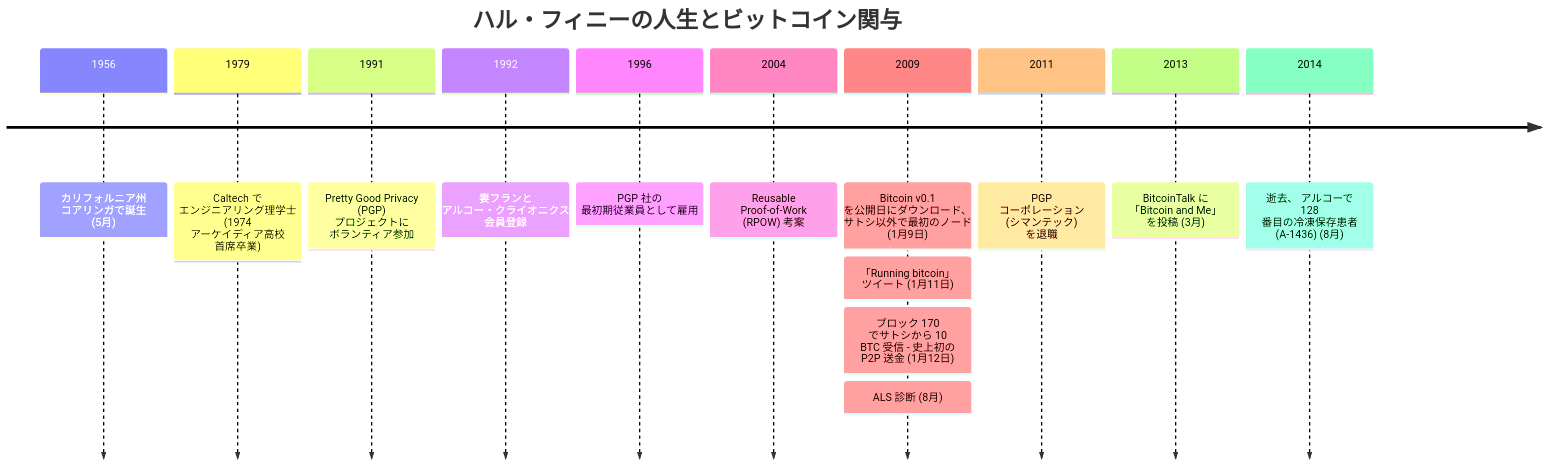
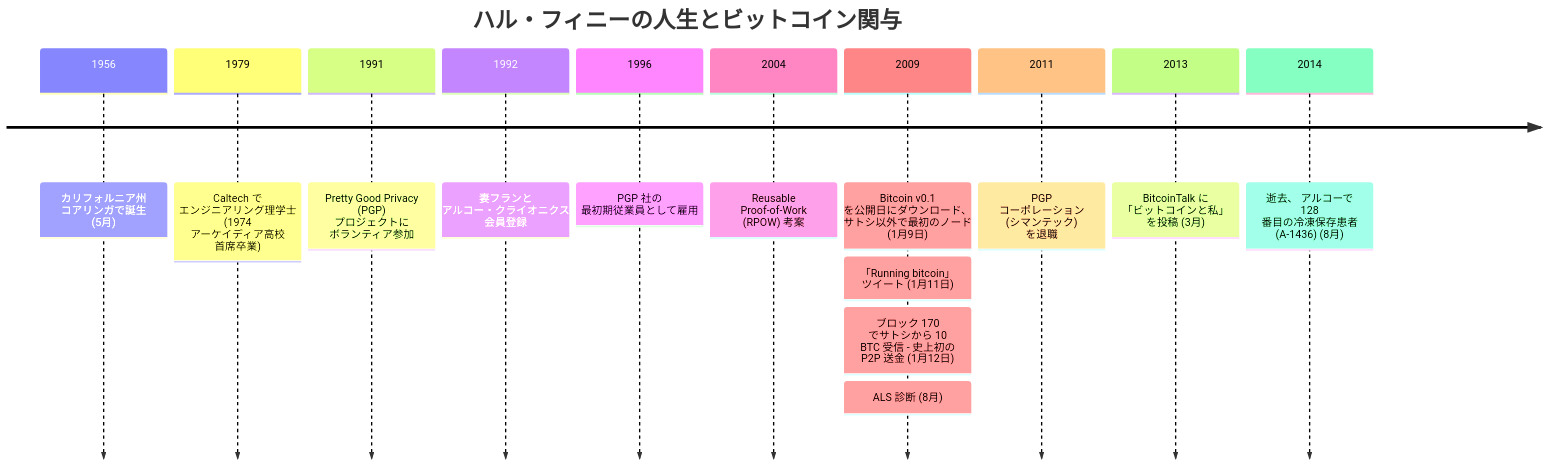
One commit to cypher256/BitcoinArchive changed the diagram in src/data/translations/ja/aftermath/2014-08-28-hal-finney-biography.md. Above: the diagram before and after it, drawn with Mermaid. The commit also changed other lines of this file and 3 other files, not shown here.

````diff
--- a/src/data/translations/ja/aftermath/2014-08-28-hal-finney-biography.md
+++ b/src/data/translations/ja/aftermath/2014-08-28-hal-finney-biography.md
@@ -64,17 +64,17 @@
 ```mermaid
 timeline
     title ハル・フィニーの人生とビットコイン関与
     1956 : カリフォルニア州 コアリンガで誕生 (5月)
     1979 : Caltech で エンジニアリング理学士 (1974 アーケイディア高校 首席卒業)
     1991 : Pretty Good Privacy (PGP) プロジェクトに ボランティア参加
     1992 : 妻フランと アルコー・クライオニクス 会員登録
     1996 : PGP 社の 最初期従業員として雇用
     2004 : Reusable Proof-of-Work (RPOW) 考案
     2009 : Bitcoin v0.1 を公開日にダウンロード、 サトシ以外で最初のノード (1月9日)
          : 「Running bitcoin」 ツイート (1月11日)
          : ブロック 170 でサトシから 10 BTC 受信 - 史上初の P2P 送金 (1月12日)
          : ALS 診断 (8月)
     2011 : PGP コーポレーション (シマンテック) を退職
-    2013 : BitcoinTalk に 「Bitcoin and Me」 を投稿 (3月)
+    2013 : BitcoinTalk に 「ビットコインと私」 を投稿 (3月)
     2014 : 逝去、 アルコーで 128 番目の冷凍保存患者 (A-1436) (8月)
 ```
````
